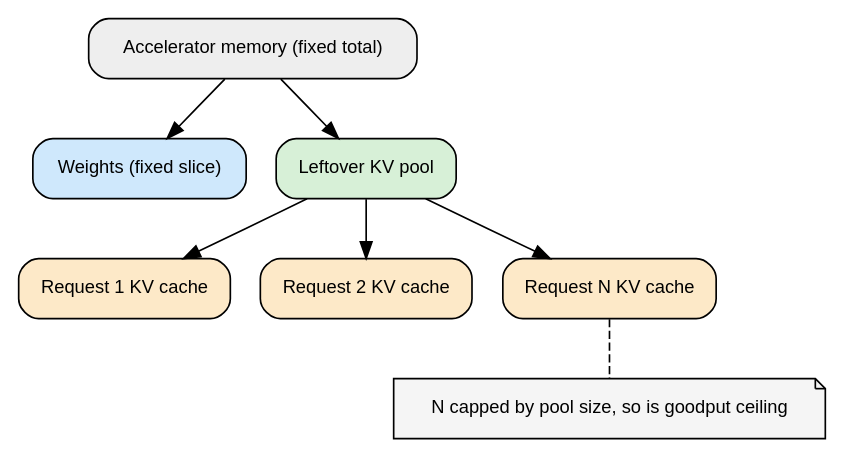
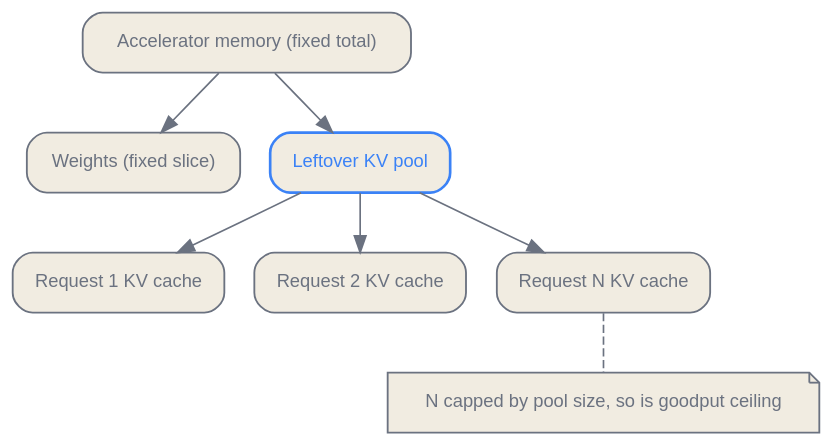
One commit to latere-ai/ai-as-an-infrastructure changed the second of 2 diagrams in en/p4-inference/16-serving-problem.qmd. Above: the diagram before and after it, drawn with Graphviz. The commit also changed 186 other files, not shown here.

First line of the commit message:
book: visual audit pass on all diagrams and figures

````diff
--- a/en/p4-inference/16-serving-problem.qmd
+++ b/en/p4-inference/16-serving-problem.qmd
@@ -141,21 +141,24 @@
 ```{dot}
 //| label: fig-serving-problem-memory
 //| fig-cap: "Accelerator memory splits into a fixed weights slice and a leftover KV pool shared by in-flight requests. The pool caps how many requests can be batched, and so the goodput ceiling."
 digraph memory {
+  bgcolor="transparent";
+  node [fontname="Helvetica", color="#6b7280", fontcolor="#6b7280", penwidth=1.1];
+  edge [color="#6b7280", fontcolor="#6b7280"];
   rankdir=TB;
-  node [shape=box, style="rounded,filled", fontname="Helvetica", fontsize=11];
-  mem [label="Accelerator memory (fixed total)", fillcolor="#eeeeee"];
-  weights [label="Weights (fixed slice)", fillcolor="#cfe8fc"];
-  pool [label="Leftover KV pool", fillcolor="#d7f0d7"];
+  node [shape=box, style="rounded,filled", fontsize=11, fillcolor="#f1ece1"];
+  mem [label="Accelerator memory (fixed total)"];
+  weights [label="Weights (fixed slice)"];
+  pool [label="Leftover KV pool", color="#3b82f6", fontcolor="#3b82f6", penwidth=1.6];
   mem -> weights;
   mem -> pool;
-  r1 [label="Request 1 KV cache", fillcolor="#fde9c8"];
-  r2 [label="Request 2 KV cache", fillcolor="#fde9c8"];
-  rn [label="Request N KV cache", fillcolor="#fde9c8"];
+  r1 [label="Request 1 KV cache"];
+  r2 [label="Request 2 KV cache"];
+  rn [label="Request N KV cache"];
   pool -> r1;
   pool -> r2;
   pool -> rn;
-  cap [label="N capped by pool size, so is goodput ceiling", shape=note, fillcolor="#f5f5f5"];
+  cap [label="N capped by pool size, so is goodput ceiling", shape=note, style=filled, fillcolor="#f1ece1"];
   rn -> cap [style=dashed, arrowhead=none];
 }
 ```
````
